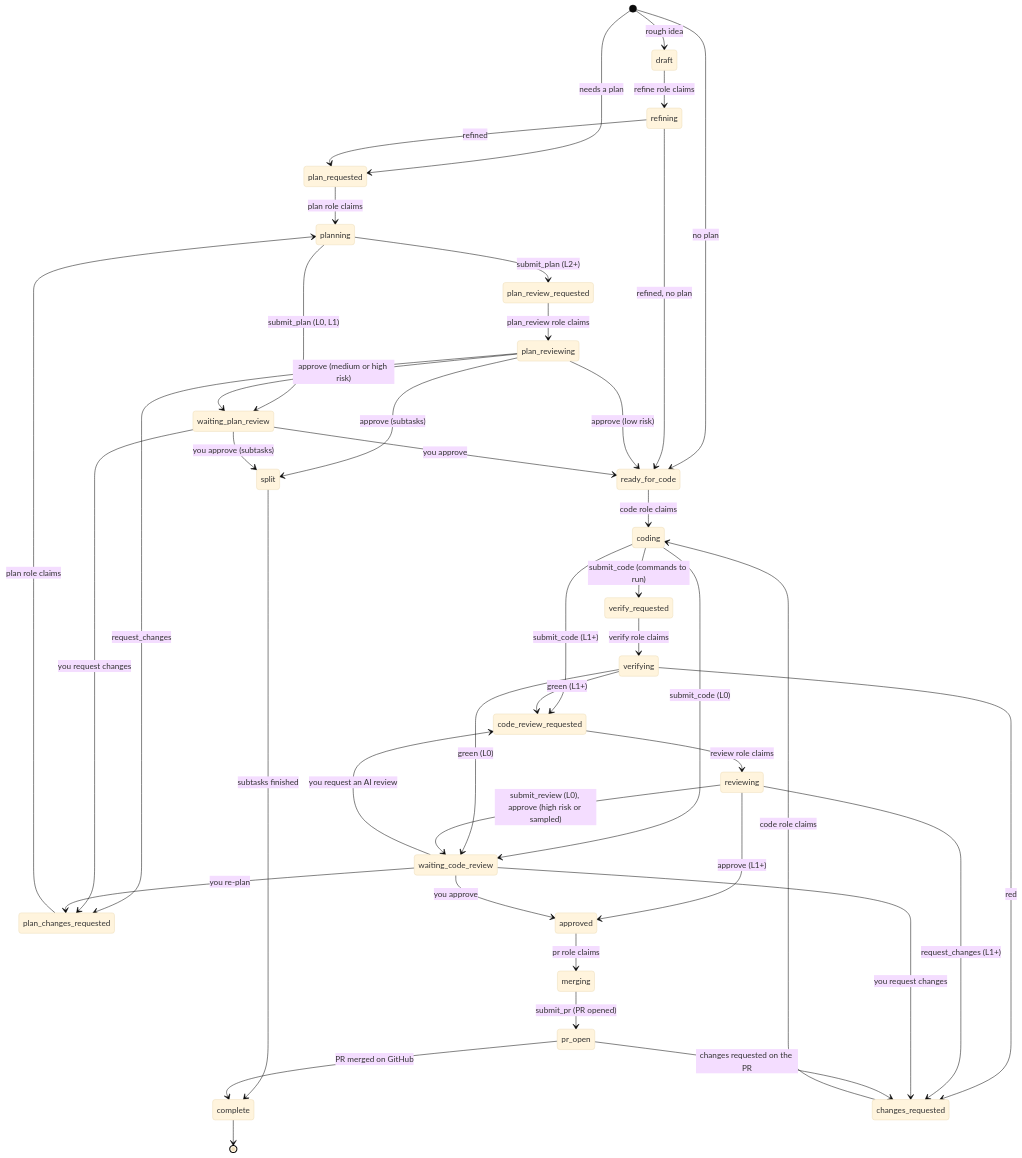
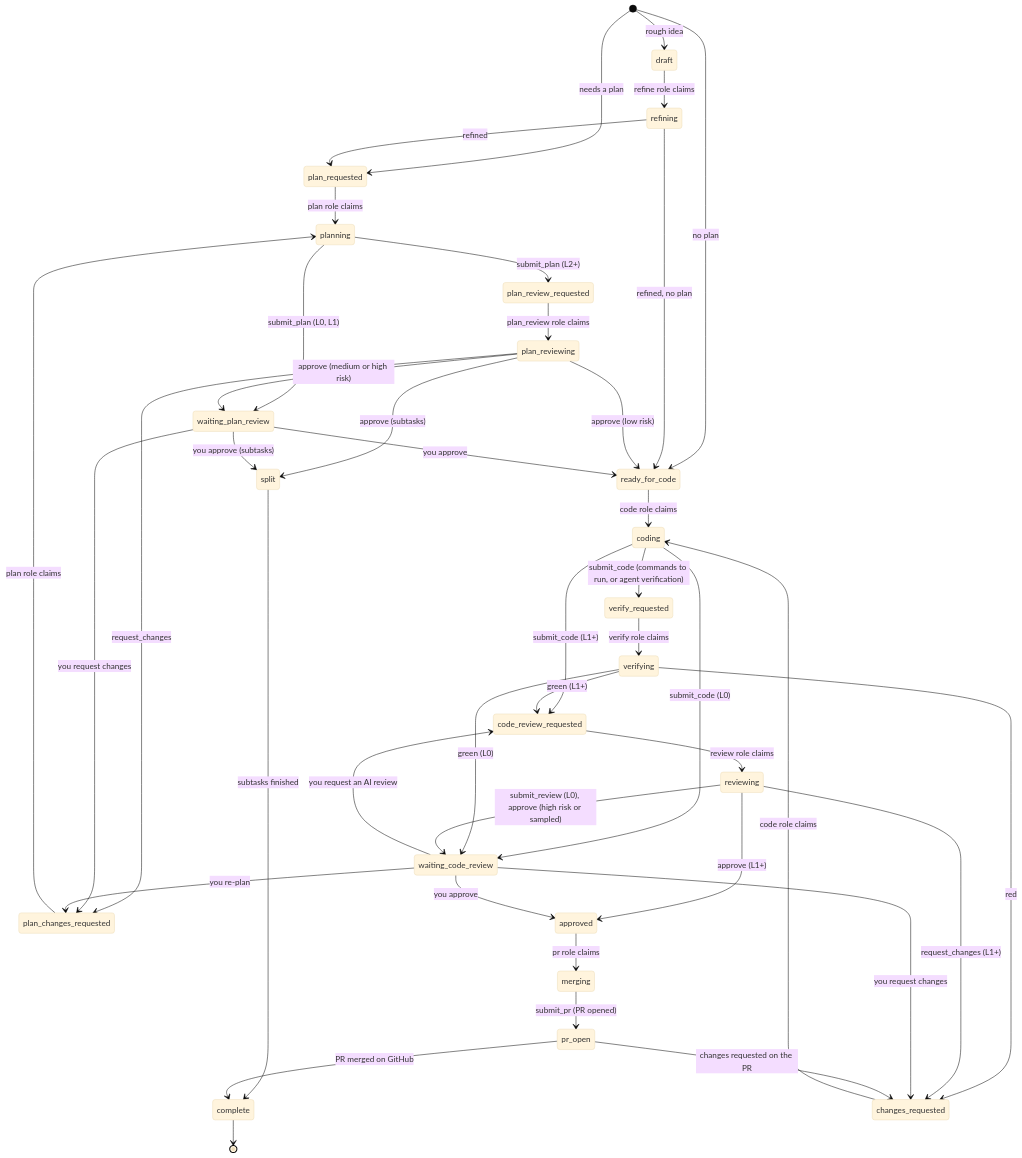
The second of 3 diagrams in README.md (sergiowero/agent-task-queue), drawn with Mermaid (base theme) before and after one commit. The commit also changed other lines of this file and 4 other files, not shown here.

First line of the commit message:
docs: who verifies code, agent verification and the server heartbeat

````diff
--- a/README.md
+++ b/README.md
@@ -158,44 +158,44 @@
 ```mermaid
 stateDiagram-v2
     [*] --> draft: rough idea
     [*] --> plan_requested: needs a plan
     [*] --> ready_for_code: no plan
     draft --> refining: refine role claims
     refining --> plan_requested: refined
     refining --> ready_for_code: refined, no plan
     plan_requested --> planning: plan role claims
     planning --> plan_review_requested: submit_plan (L2+)
     planning --> waiting_plan_review: submit_plan (L0, L1)
     plan_review_requested --> plan_reviewing: plan_review role claims
     plan_reviewing --> ready_for_code: approve (low risk)
     plan_reviewing --> waiting_plan_review: approve (medium or high risk)
     plan_reviewing --> plan_changes_requested: request_changes
     plan_reviewing --> split: approve (subtasks)
     waiting_plan_review --> ready_for_code: you approve
     waiting_plan_review --> split: you approve (subtasks)
     waiting_plan_review --> plan_changes_requested: you request changes
     plan_changes_requested --> planning: plan role claims
     split --> complete: subtasks finished
     ready_for_code --> coding: code role claims
-    coding --> verify_requested: submit_code (commands to run)
+    coding --> verify_requested: submit_code (commands to run, or agent verification)
     coding --> code_review_requested: submit_code (L1+)
     coding --> waiting_code_review: submit_code (L0)
     verify_requested --> verifying: verify role claims
     verifying --> code_review_requested: green (L1+)
     verifying --> waiting_code_review: green (L0)
     verifying --> changes_requested: red
     code_review_requested --> reviewing: review role claims
     reviewing --> approved: approve (L1+)
     reviewing --> waiting_code_review: submit_review (L0), approve (high risk or sampled)
     reviewing --> changes_requested: request_changes (L1+)
     waiting_code_review --> code_review_requested: you request an AI review
     waiting_code_review --> approved: you approve
     waiting_code_review --> changes_requested: you request changes
     waiting_code_review --> plan_changes_requested: you re-plan
     changes_requested --> coding: code role claims
     approved --> merging: pr role claims
     merging --> pr_open: submit_pr (PR opened)
     pr_open --> complete: PR merged on GitHub
     pr_open --> changes_requested: changes requested on the PR
     complete --> [*]
 ```
````
